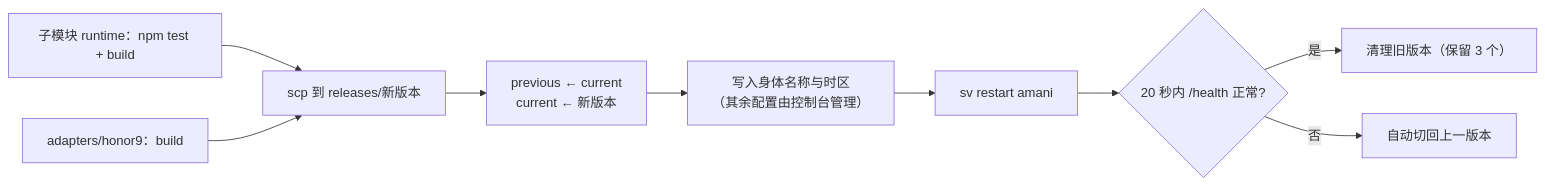
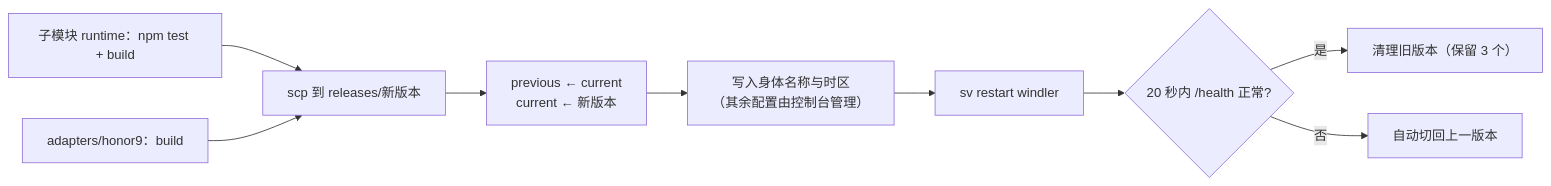
The second of 2 diagrams in docs/ARCHITECTURE.md (PlutoKeating/Project.Honor9), drawn with Mermaid before and after one commit. The commit also changed other lines of this file and 24 other files, not shown here.

````diff
--- a/docs/ARCHITECTURE.md
+++ b/docs/ARCHITECTURE.md
@@ -58,11 +58,11 @@
 ```mermaid
 flowchart LR
   A["子模块 runtime：npm test + build"] --> C
   B["adapters/honor9：build"] --> C
   C["scp 到 releases/新版本"] --> D["previous ← current<br/>current ← 新版本"]
   D --> E["写入身体名称与时区<br/>（其余配置由控制台管理）"]
-  E --> F["sv restart amani"]
+  E --> F["sv restart windler"]
   F --> G{"20 秒内 /health 正常?"}
   G -- 是 --> H["清理旧版本（保留 3 个）"]
   G -- 否 --> I["自动切回上一版本"]
 ```
````
